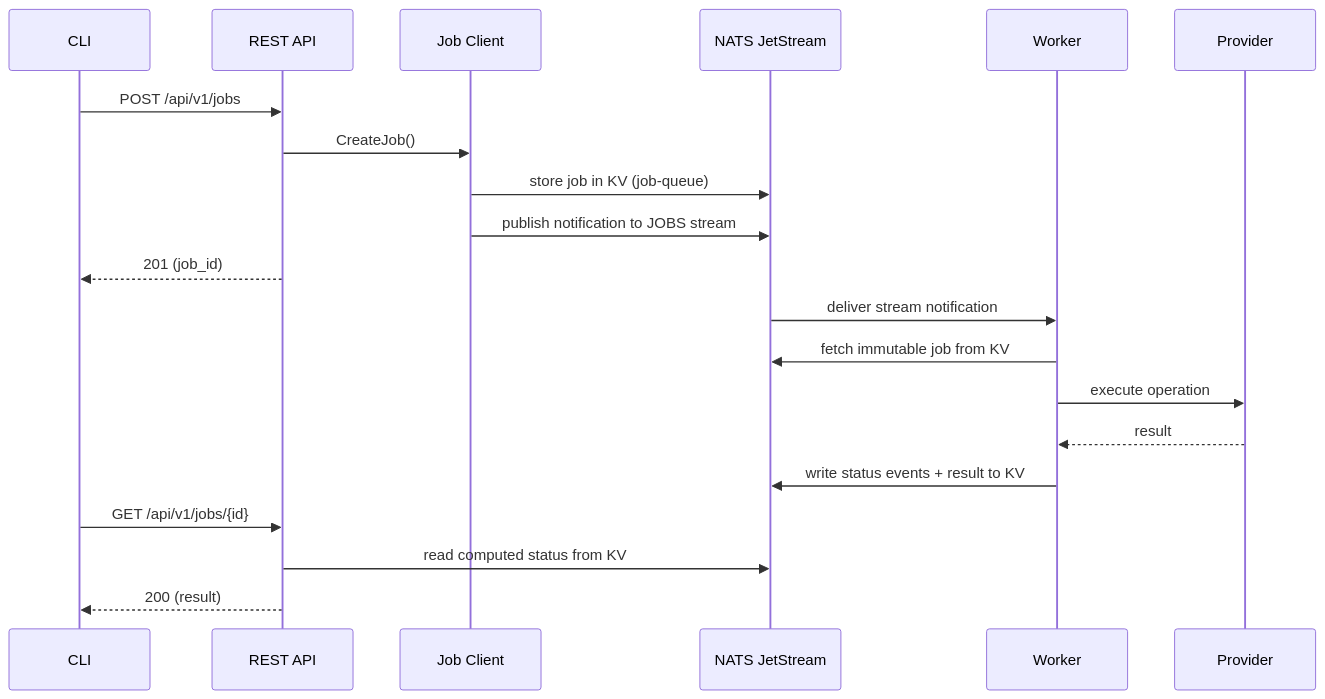
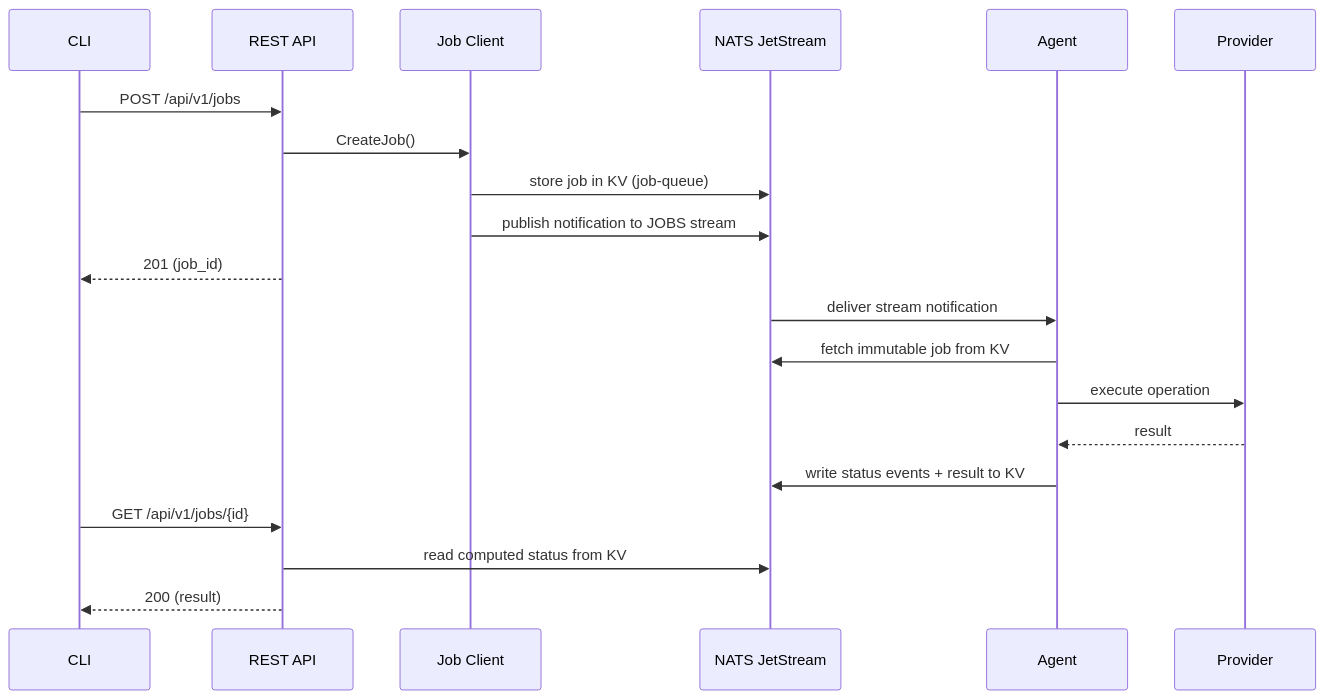
The second of 2 diagrams in docs/docs/sidebar/architecture/system-architecture.md (osapi-io/osapi), drawn with Mermaid before and after one commit. The commit also changed other lines of this file and 355 other files, not shown here.

````diff
--- a/docs/docs/sidebar/architecture/system-architecture.md
+++ b/docs/docs/sidebar/architecture/system-architecture.md
@@ -238,23 +240,23 @@
 ```mermaid
 sequenceDiagram
     participant CLI
     participant API as REST API
     participant JC as Job Client
     participant NATS as NATS JetStream
-    participant Worker
+    participant Agent
     participant Provider
 
     CLI->>API: POST /api/v1/jobs
     API->>JC: CreateJob()
     JC->>NATS: store job in KV (job-queue)
     JC->>NATS: publish notification to JOBS stream
     API-->>CLI: 201 (job_id)
-    NATS->>Worker: deliver stream notification
-    Worker->>NATS: fetch immutable job from KV
-    Worker->>Provider: execute operation
-    Provider-->>Worker: result
-    Worker->>NATS: write status events + result to KV
+    NATS->>Agent: deliver stream notification
+    Agent->>NATS: fetch immutable job from KV
+    Agent->>Provider: execute operation
+    Provider-->>Agent: result
+    Agent->>NATS: write status events + result to KV
     CLI->>API: GET /api/v1/jobs/{id}
     API->>NATS: read computed status from KV
     API-->>CLI: 200 (result)
 ```
````
